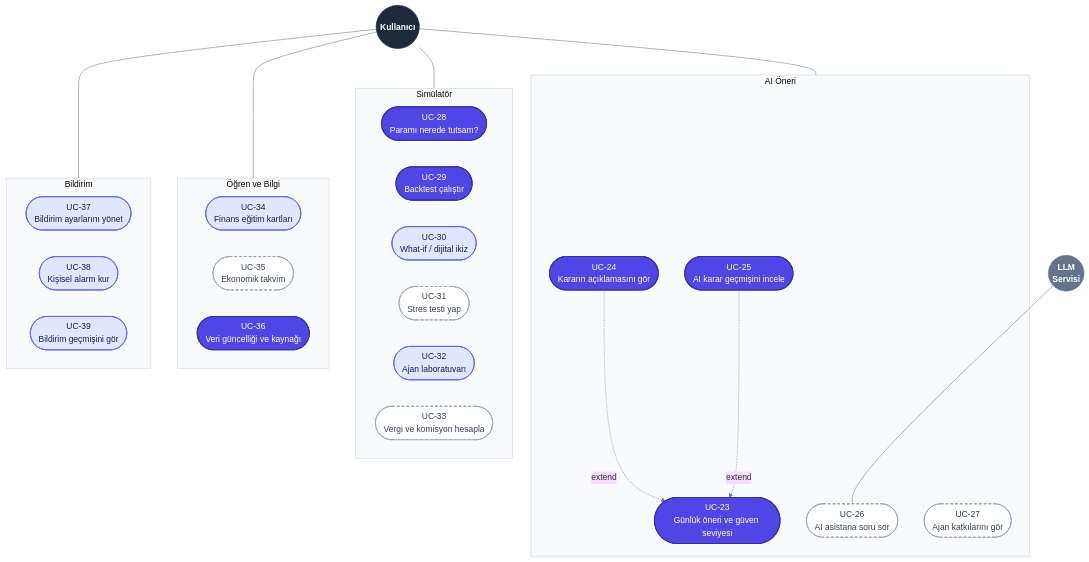
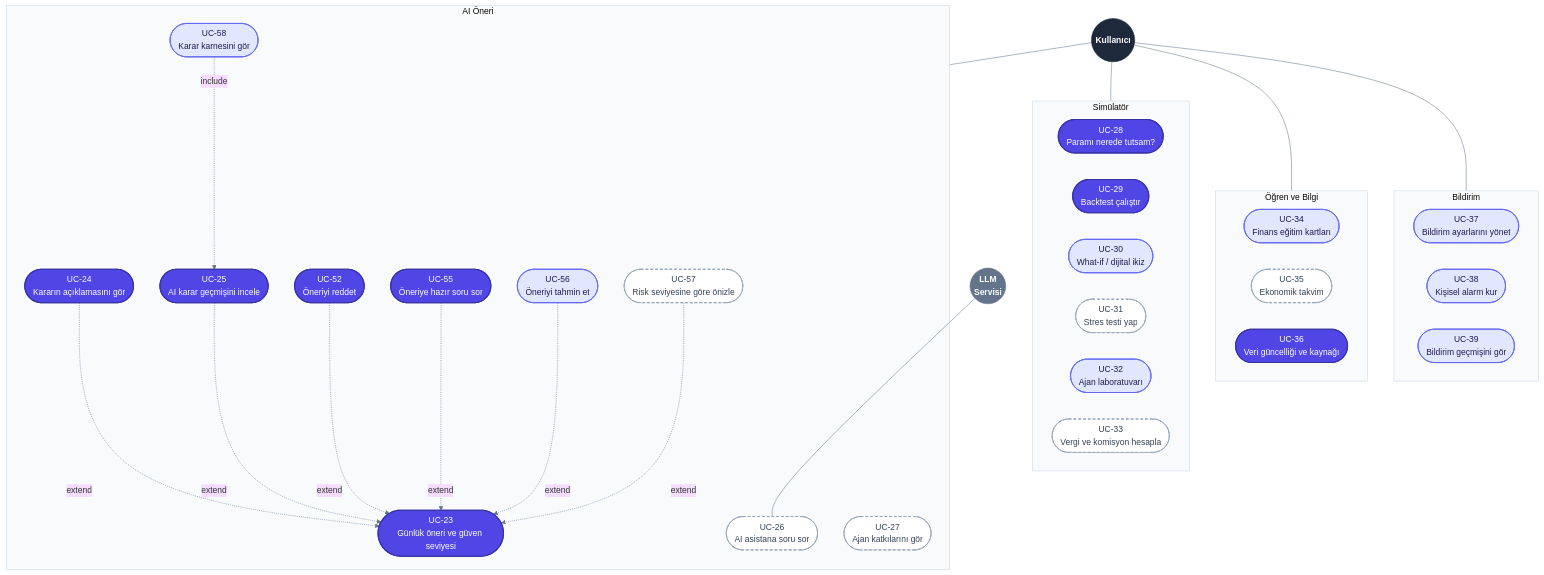
One commit to isambais/portfoyai changed the second of 3 diagrams in docs/diagrams/use_case.md. Above: the diagram before and after it, drawn with Mermaid. The commit also changed other lines of this file and 2 other files, not shown here.

````diff
--- a/docs/diagrams/use_case.md
+++ b/docs/diagrams/use_case.md
@@ -90,60 +93,70 @@
 ```mermaid
 %%{init: {'theme':'base', 'themeVariables': {'fontFamily':'Arial', 'lineColor':'#64748B', 'clusterBkg':'#F8FAFC', 'clusterBorder':'#CBD5E1'}}}%%
 flowchart TB
     %% ===== AKTÖRLER =====
     U((Kullanıcı))
     L((LLM<br/>Servisi))
 
     %% ===== GRUPLAR =====
     subgraph G4[" AI Öneri "]
         UC23([UC-23<br/>Günlük öneri ve güven seviyesi])
         UC24([UC-24<br/>Kararın açıklamasını gör])
         UC25([UC-25<br/>AI karar geçmişini incele])
         UC26([UC-26<br/>AI asistana soru sor])
         UC27([UC-27<br/>Ajan katkılarını gör])
+        UC52([UC-52<br/>Öneriyi reddet])
+        UC55([UC-55<br/>Öneriye hazır soru sor])
+        UC56([UC-56<br/>Öneriyi tahmin et])
+        UC57([UC-57<br/>Risk seviyesine göre önizle])
+        UC58([UC-58<br/>Karar karnesini gör])
     end
 
     subgraph G5[" Simülatör "]
         UC28([UC-28<br/>Paramı nerede tutsam?])
         UC29([UC-29<br/>Backtest çalıştır])
         UC30([UC-30<br/>What-if / dijital ikiz])
         UC31([UC-31<br/>Stres testi yap])
         UC32([UC-32<br/>Ajan laboratuvarı])
         UC33([UC-33<br/>Vergi ve komisyon hesapla])
     end
 
     subgraph G6[" Öğren ve Bilgi "]
         UC34([UC-34<br/>Finans eğitim kartları])
         UC35([UC-35<br/>Ekonomik takvim])
         UC36([UC-36<br/>Veri güncelliği ve kaynağı])
     end
 
     subgraph G7[" Bildirim "]
         UC37([UC-37<br/>Bildirim ayarlarını yönet])
         UC38([UC-38<br/>Kişisel alarm kur])
         UC39([UC-39<br/>Bildirim geçmişini gör])
     end
 
     %% ===== BAĞLANTILAR =====
     U ~~~ L
     U --- G4
     U --- G5
     U --- G6
     U --- G7
     L --- UC26
     UC24 -. extend .-> UC23
     UC25 -. extend .-> UC23
+    UC52 -. extend .-> UC23
+    UC55 -. extend .-> UC23
+    UC56 -. extend .-> UC23
+    UC57 -. extend .-> UC23
+    UC58 -. include .-> UC25
 
     %% ===== STİL (renk = öncelik) =====
     classDef actor fill:#1E293B,stroke:#1E293B,color:#FFFFFF,font-weight:bold
     classDef ext fill:#64748B,stroke:#64748B,color:#FFFFFF,font-weight:bold
     classDef must fill:#4F46E5,stroke:#3730A3,stroke-width:2px,color:#FFFFFF
     classDef should fill:#E0E7FF,stroke:#6366F1,stroke-width:1.5px,color:#1E1B4B
     classDef could fill:#FFFFFF,stroke:#94A3B8,stroke-width:1.5px,stroke-dasharray:5 4,color:#334155
 
     class U actor
     class L ext
-    class UC23,UC24,UC25,UC28,UC29,UC36 must
-    class UC30,UC32,UC34,UC37,UC38,UC39 should
-    class UC26,UC27,UC31,UC33,UC35 could
+    class UC23,UC24,UC25,UC28,UC29,UC36,UC52,UC55 must
+    class UC30,UC32,UC34,UC37,UC38,UC39,UC56,UC58 should
+    class UC26,UC27,UC31,UC33,UC35,UC57 could
 ```
````
